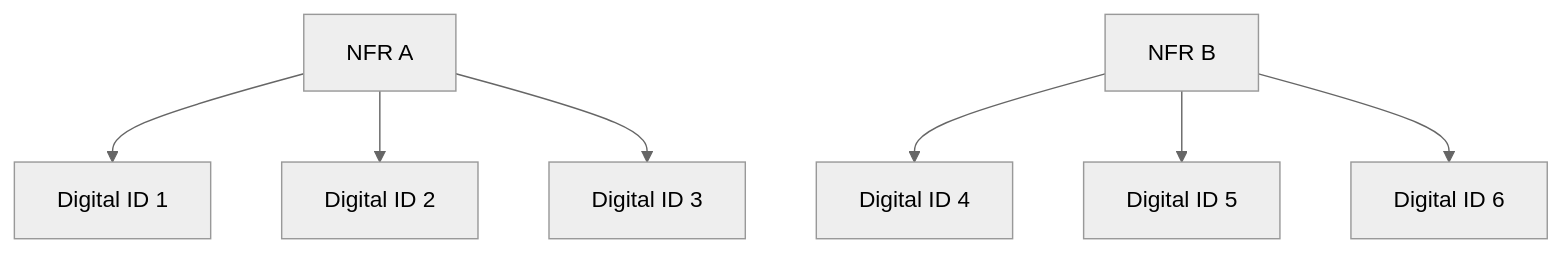
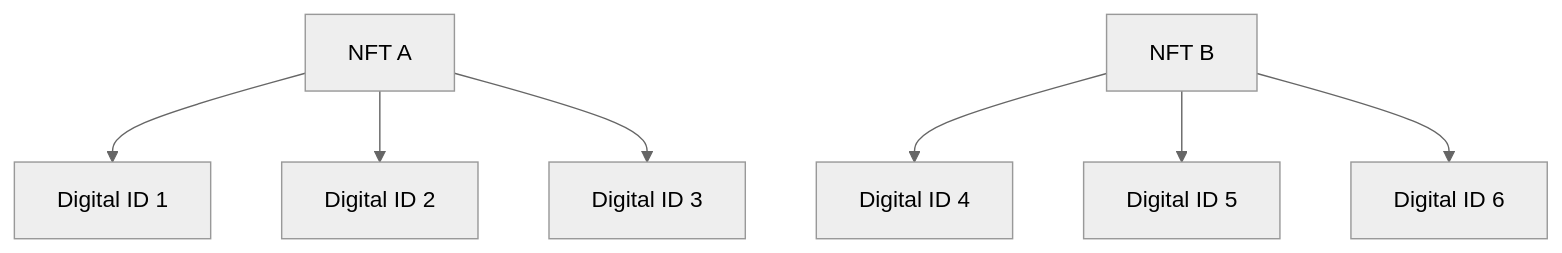
One commit to realizse/realitemsdocs changed the diagram in _site/pages/whitepaper/whitepaper_batched.mmd. Above: the diagram before and after it, drawn with Mermaid (neutral theme). The commit also changed 112 other files, not shown here.

Commit message:
Updated diagrams and added new sections including Conclusion.

```diff
--- a/_site/pages/whitepaper/whitepaper_batched.mmd
+++ b/_site/pages/whitepaper/whitepaper_batched.mmd
@@ -1,7 +1,7 @@
 graph TD;
-    A[NFR A]-->C[Digital ID 1]
-    A[NFR A]-->E[Digital ID 2]
-    A[NFR A]-->D[Digital ID 3]
-    B[NFR B]-->F[Digital ID 4]
-    B[NFR B]-->G[Digital ID 5]
-    B[NFR B]-->H[Digital ID 6]
+    A[NFT A]-->C[Digital ID 1]
+    A[NFT A]-->E[Digital ID 2]
+    A[NFT A]-->D[Digital ID 3]
+    B[NFT B]-->F[Digital ID 4]
+    B[NFT B]-->G[Digital ID 5]
+    B[NFT B]-->H[Digital ID 6]
```
